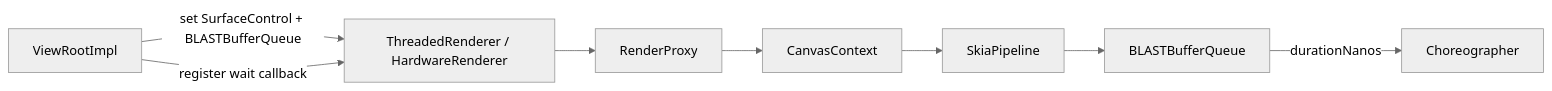
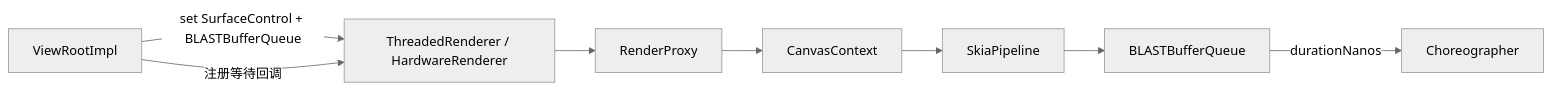
One commit to Gracker/android-internals-wiki changed the first of 2 diagrams in src/part1-fundamentals/ch02-rendering/25-choreographer-buffer-stuffing-recovery.md. Above: the diagram before and after it, drawn with Mermaid (neutral theme). The commit also changed other lines of this file and 4 other files, not shown here.

````diff
--- a/src/part1-fundamentals/ch02-rendering/25-choreographer-buffer-stuffing-recovery.md
+++ b/src/part1-fundamentals/ch02-rendering/25-choreographer-buffer-stuffing-recovery.md
@@ -54,15 +54,15 @@
 ```mermaid
 flowchart LR
     VRI["ViewRootImpl"]
     TR["ThreadedRenderer / HardwareRenderer"]
     RP["RenderProxy"]
     CC["CanvasContext"]
     PIPE["SkiaPipeline"]
     BBQ["BLASTBufferQueue"]
     CH["Choreographer"]
 
     VRI -->|"set SurfaceControl + BLASTBufferQueue"| TR
-    VRI -->|"register wait callback"| TR
+    VRI -->|"注册等待回调"| TR
     TR --> RP --> CC --> PIPE --> BBQ
     BBQ -->|"durationNanos"| CH
 ```
````
